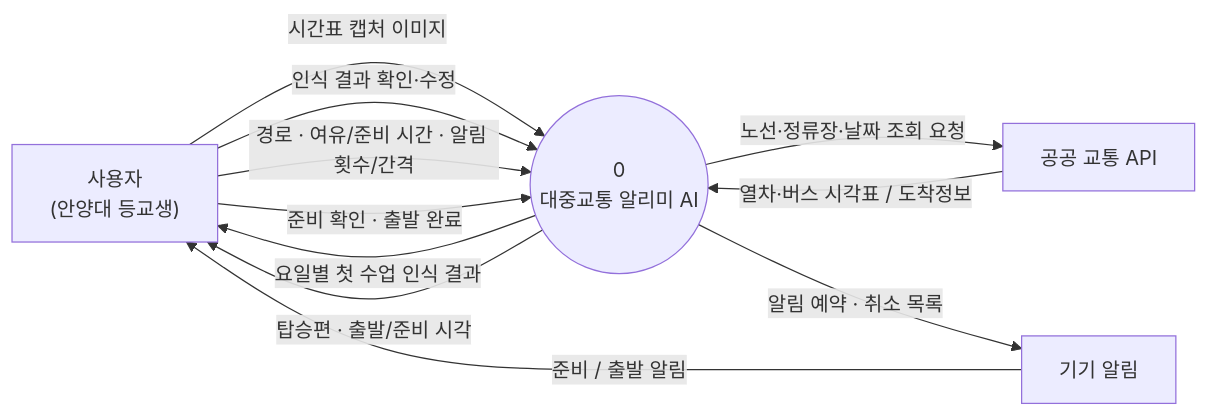
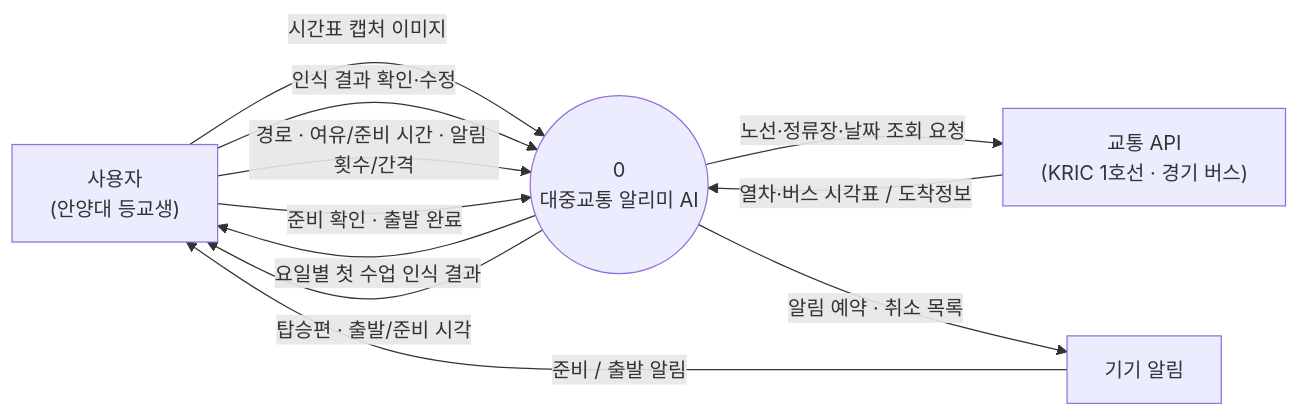
One commit to yewon51019/timetable_textps changed the diagram in docs/design/diagrams/2_dfd_level0.mmd. Above: the diagram before and after it, drawn with Mermaid. The commit also changed 20 other files, not shown here.

First line of the commit message:
교통 API 결정: 1호선은 KRIC 급행 시각표, 버스는 경기도 버스정보 v2

```diff
--- a/docs/design/diagrams/2_dfd_level0.mmd
+++ b/docs/design/diagrams/2_dfd_level0.mmd
@@ -1,16 +1,16 @@
 flowchart LR
   U["사용자<br/>(안양대 등교생)"]
   SYS(("0<br/>대중교통 알리미 AI"))
-  T["공공 교통 API"]
+  T["교통 API<br/>(KRIC 1호선 · 경기 버스)"]
   D["기기 알림"]
 
   U -- "시간표 캡처 이미지" --> SYS
   U -- "인식 결과 확인·수정" --> SYS
   U -- "경로 · 여유/준비 시간 · 알림 횟수/간격" --> SYS
   U -- "준비 확인 · 출발 완료" --> SYS
   SYS -- "요일별 첫 수업 인식 결과" --> U
   SYS -- "탑승편 · 출발/준비 시각" --> U
   T -- "열차·버스 시각표 / 도착정보" --> SYS
   SYS -- "노선·정류장·날짜 조회 요청" --> T
   SYS -- "알림 예약 · 취소 목록" --> D
   D -- "준비 / 출발 알림" --> U
```
